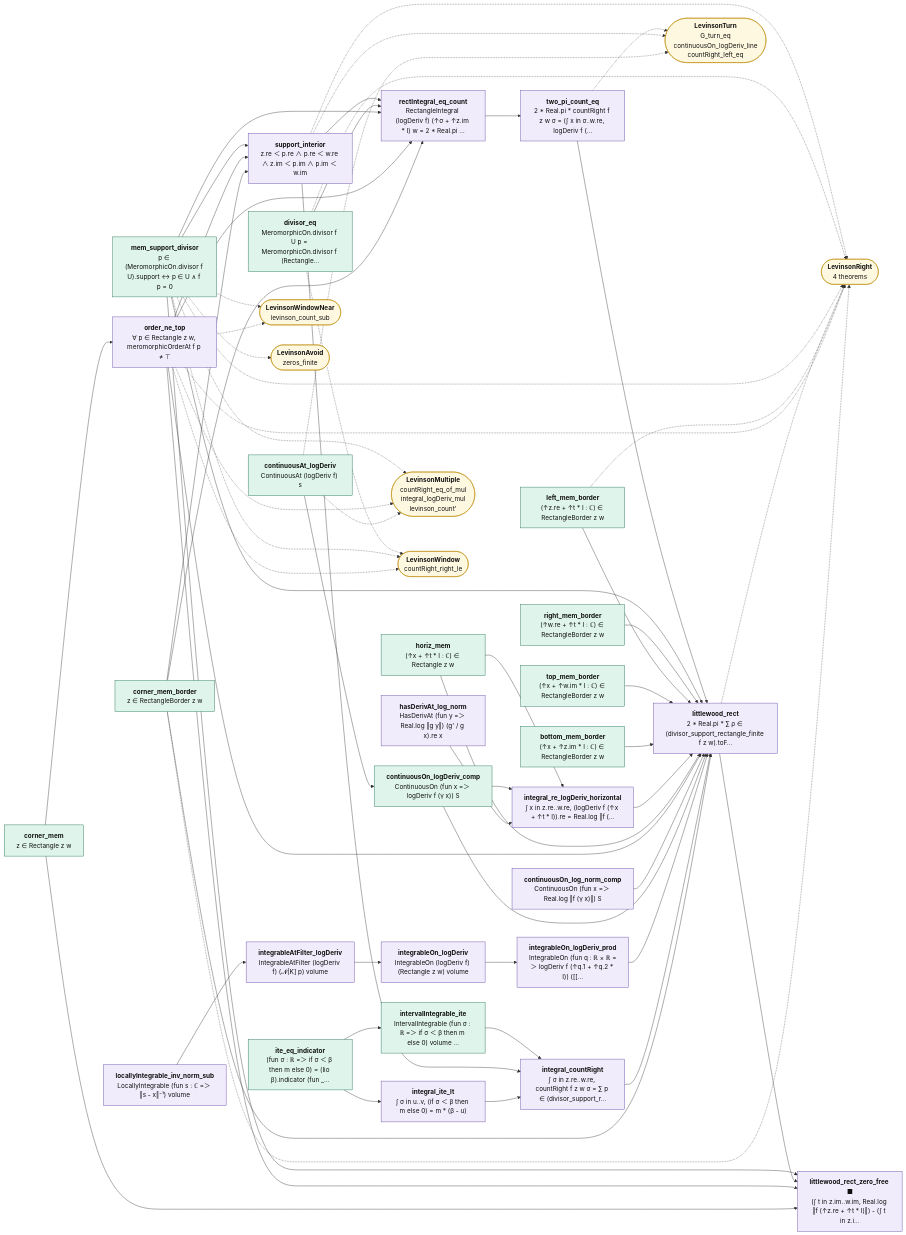
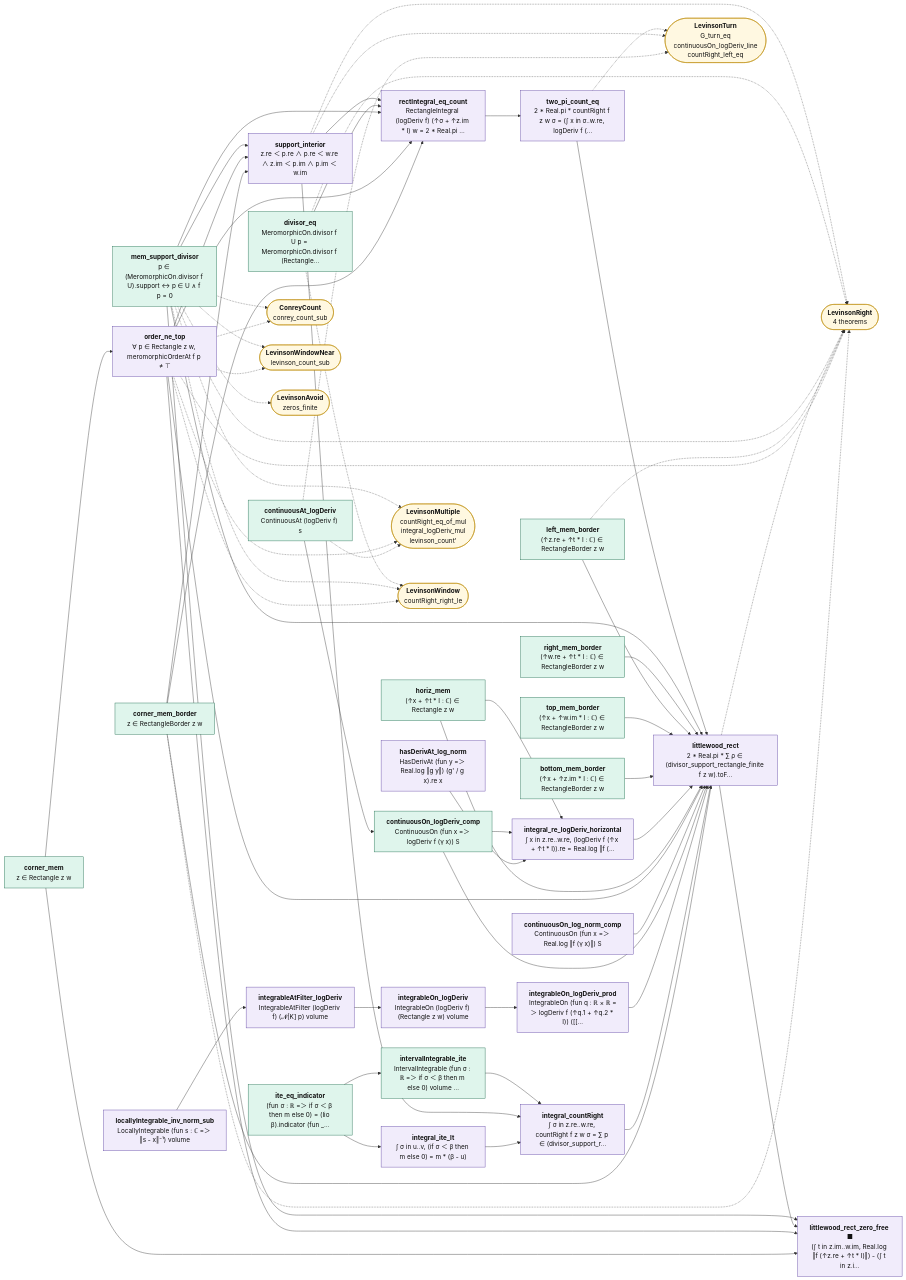
One commit to juliansambranojr/Primebeat_081426 changed the diagram in map/lean_stage3/Littlewood.mmd. Above: the diagram before and after it, drawn with Mermaid. The commit also changed 48 other files, not shown here.

```diff
--- a/map/lean_stage3/Littlewood.mmd
+++ b/map/lean_stage3/Littlewood.mmd
@@ -1,102 +1,105 @@
 flowchart LR
   n0["<b>corner_mem</b><br/>z ∈ Rectangle z w"]:::cnt
   n1["<b>corner_mem_border</b><br/>z ∈ RectangleBorder z w"]:::cnt
   n2["<b>order_ne_top</b><br/>∀ p ∈ Rectangle z w, meromorphicOrderAt f p ≠ ⊤"]:::shp
   n3["<b>mem_support_divisor</b><br/>p ∈ (MeromorphicOn.divisor f U).support ↔ p ∈ U ∧ f p = 0"]:::cnt
   n4["<b>divisor_eq</b><br/>MeromorphicOn.divisor f U p = MeromorphicOn.divisor f (Rectangle…"]:::cnt
   n5["<b>support_interior</b><br/>z.re ＜ p.re ∧ p.re ＜ w.re ∧ z.im ＜ p.im ∧ p.im ＜ w.im"]:::shp
   n6["<b>rectIntegral_eq_count</b><br/>RectangleIntegral (logDeriv f) (↑σ + ↑z.im * I) w = 2 * Real.pi …"]:::shp
   n7["<b>two_pi_count_eq</b><br/>2 * Real.pi * countRight f z w σ = (∫ x in σ..w.re, logDeriv f (…"]:::shp
   n8["<b>ite_eq_indicator</b><br/>(fun σ : ℝ =＞ if σ ＜ β then m else 0) = (Iio β).indicator (fun _…"]:::cnt
   n9["<b>intervalIntegrable_ite</b><br/>IntervalIntegrable (fun σ : ℝ =＞ if σ ＜ β then m else 0) volume …"]:::cnt
   n10["<b>integral_ite_lt</b><br/>∫ σ in u..v, (if σ ＜ β then m else 0) = m * (β - u)"]:::shp
   n11["<b>integral_countRight</b><br/>∫ σ in z.re..w.re, countRight f z w σ = ∑ p ∈ (divisor_support_r…"]:::shp
   n12["<b>locallyIntegrable_inv_norm_sub</b><br/>LocallyIntegrable (fun s : ℂ =＞ ‖s - x‖⁻¹) volume"]:::shp
   n13["<b>integrableAtFilter_logDeriv</b><br/>IntegrableAtFilter (logDeriv f) (𝓝[K] p) volume"]:::shp
   n14["<b>integrableOn_logDeriv</b><br/>IntegrableOn (logDeriv f) (Rectangle z w) volume"]:::shp
   n15["<b>integrableOn_logDeriv_prod</b><br/>IntegrableOn (fun q : ℝ × ℝ =＞ logDeriv f (↑q.1 + ↑q.2 * I)) ([[…"]:::shp
   n16["<b>hasDerivAt_log_norm</b><br/>HasDerivAt (fun y =＞ Real.log ‖g y‖) (g' / g x).re x"]:::shp
   n17["<b>continuousAt_logDeriv</b><br/>ContinuousAt (logDeriv f) s"]:::cnt
   n18["<b>continuousOn_logDeriv_comp</b><br/>ContinuousOn (fun x =＞ logDeriv f (γ x)) S"]:::cnt
   n19["<b>continuousOn_log_norm_comp</b><br/>ContinuousOn (fun x =＞ Real.log ‖f (γ x)‖) S"]:::shp
   n20["<b>horiz_mem</b><br/>(↑x + ↑t * I : ℂ) ∈ Rectangle z w"]:::cnt
   n21["<b>integral_re_logDeriv_horizontal</b><br/>∫ x in z.re..w.re, (logDeriv f (↑x + ↑t * I)).re = Real.log ‖f (…"]:::shp
   n22["<b>bottom_mem_border</b><br/>(↑x + ↑z.im * I : ℂ) ∈ RectangleBorder z w"]:::cnt
   n23["<b>top_mem_border</b><br/>(↑x + ↑w.im * I : ℂ) ∈ RectangleBorder z w"]:::cnt
   n24["<b>left_mem_border</b><br/>(↑z.re + ↑t * I : ℂ) ∈ RectangleBorder z w"]:::cnt
   n25["<b>right_mem_border</b><br/>(↑w.re + ↑t * I : ℂ) ∈ RectangleBorder z w"]:::cnt
   n26["<b>littlewood_rect</b><br/>2 * Real.pi * ∑ ρ ∈ (divisor_support_rectangle_finite f z w).toF…"]:::shp
   n27["<b>littlewood_rect_zero_free ■</b><br/>(∫ t in z.im..w.im, Real.log ‖f (↑z.re + ↑t * I)‖) - (∫ t in z.i…"]:::shp
   x0(["<b>LevinsonRight</b><br/>4 theorems"]):::ext
-  x1(["<b>LevinsonMultiple</b><br/>countRight_eq_of_mul<br/>integral_logDeriv_mul<br/>levinson_count'"]):::ext
-  x2(["<b>LevinsonWindow</b><br/>countRight_right_le"]):::ext
-  x3(["<b>LevinsonWindowNear</b><br/>levinson_count_sub"]):::ext
-  x4(["<b>LevinsonAvoid</b><br/>zeros_finite"]):::ext
-  x5(["<b>LevinsonTurn</b><br/>G_turn_eq<br/>continuousOn_logDeriv_line<br/>countRight_left_eq"]):::ext
+  x1(["<b>ConreyCount</b><br/>conrey_count_sub"]):::ext
+  x2(["<b>LevinsonMultiple</b><br/>countRight_eq_of_mul<br/>integral_logDeriv_mul<br/>levinson_count'"]):::ext
+  x3(["<b>LevinsonWindow</b><br/>countRight_right_le"]):::ext
+  x4(["<b>LevinsonWindowNear</b><br/>levinson_count_sub"]):::ext
+  x5(["<b>LevinsonAvoid</b><br/>zeros_finite"]):::ext
+  x6(["<b>LevinsonTurn</b><br/>G_turn_eq<br/>continuousOn_logDeriv_line<br/>countRight_left_eq"]):::ext
   n0 --> n2
   n0 --> n27
   n1 --> n26
   n1 --> n5
   n1 --> n6
   n10 --> n11
   n11 --> n26
   n12 --> n13
   n13 --> n14
   n14 --> n15
   n15 --> n26
   n16 --> n21
   n17 --> n18
   n18 --> n21
   n18 --> n26
   n19 --> n26
   n2 --> n26
   n2 --> n27
   n2 --> n5
   n2 --> n6
   n20 --> n21
   n20 --> n26
   n21 --> n26
   n22 --> n26
   n23 --> n26
   n24 --> n26
   n25 --> n26
   n26 --> n27
   n3 --> n26
   n3 --> n27
   n3 --> n5
   n3 --> n6
   n4 --> n6
   n5 --> n11
   n5 --> n6
   n6 --> n7
   n7 --> n26
   n8 --> n10
   n8 --> n9
   n9 --> n11
   n1 -.-> x0
-  n17 -.-> x1
-  n17 -.-> x5
+  n17 -.-> x2
+  n17 -.-> x6
   n2 -.-> x0
   n2 -.-> x1
   n2 -.-> x2
   n2 -.-> x3
+  n2 -.-> x4
   n24 -.-> x0
   n26 -.-> x0
   n3 -.-> x0
   n3 -.-> x1
   n3 -.-> x2
   n3 -.-> x3
   n3 -.-> x4
+  n3 -.-> x5
   n4 -.-> x0
-  n4 -.-> x2
+  n4 -.-> x3
   n5 -.-> x0
-  n5 -.-> x5
-  n7 -.-> x5
+  n5 -.-> x6
+  n7 -.-> x6
   classDef cnt fill:#dff5ec,stroke:#17694a,color:#111
   classDef shp fill:#f1ecfb,stroke:#5b3fa0,color:#111
   classDef rh fill:#ffe5e5,stroke:#c22,color:#111,stroke-width:2px
   classDef thm fill:#eef4ff,stroke:#335,color:#111
   classDef end_ fill:#e7f7e7,stroke:#2a7,color:#111,stroke-width:2px
   classDef lone fill:#fff,stroke:#999,color:#111,stroke-dasharray:4 3
   classDef bad fill:#ffe5e5,stroke:#c22,color:#111,stroke-width:2px
   classDef ext fill:#fff8e1,stroke:#b80,color:#111
```
